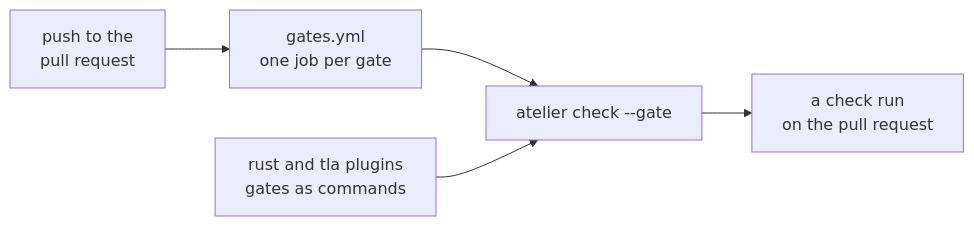
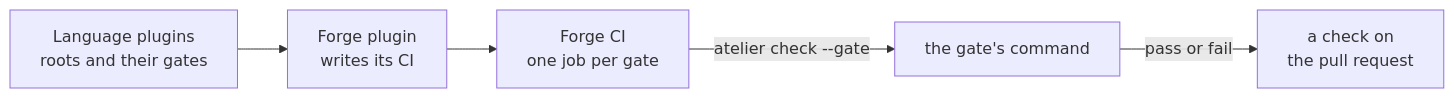
The third of 4 diagrams in README.md (StevenJPx2/atelier), drawn with Mermaid before and after one commit. The commit also changed other lines of this file, not shown here.

Commit message:
docs: find languages and their roots, and configure only what differs

````diff
--- a/README.md
+++ b/README.md
@@ -80,7 +80,7 @@
 ```mermaid
 flowchart LR
-    Push["push to the<br/>pull request"] --> CI["gates.yml<br/>one job per gate"]
-    CI --> Check["atelier check --gate"]
-    Plugins["rust and tla plugins<br/>gates as commands"] --> Check
-    Check --> Run["a check run<br/>on the pull request"]
+    Lang["Language plugins<br/>roots and their gates"] --> Forge["Forge plugin<br/>writes its CI"]
+    Forge --> CI["Forge CI<br/>one job per gate"]
+    CI -- "atelier check --gate" --> Check["the gate's command"]
+    Check -- "pass or fail" --> PR["a check on<br/>the pull request"]
 ```
````
